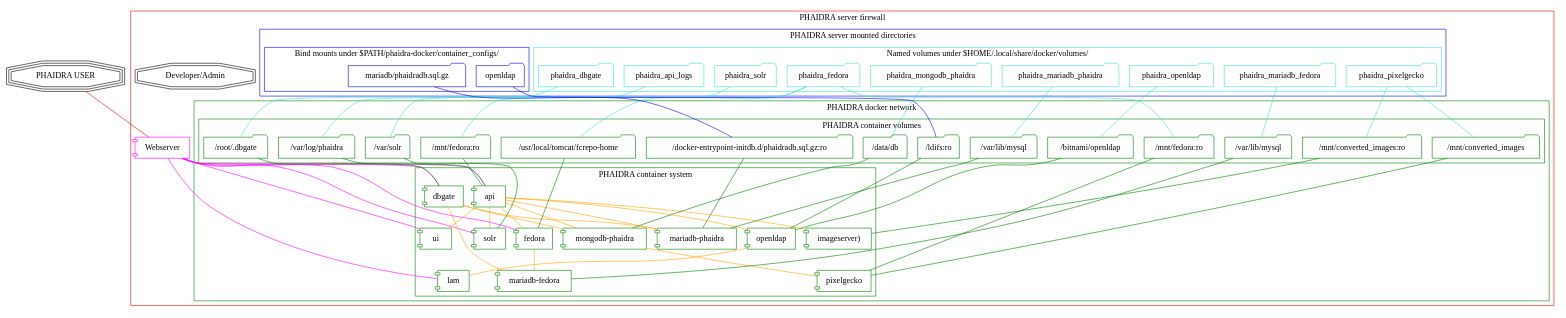
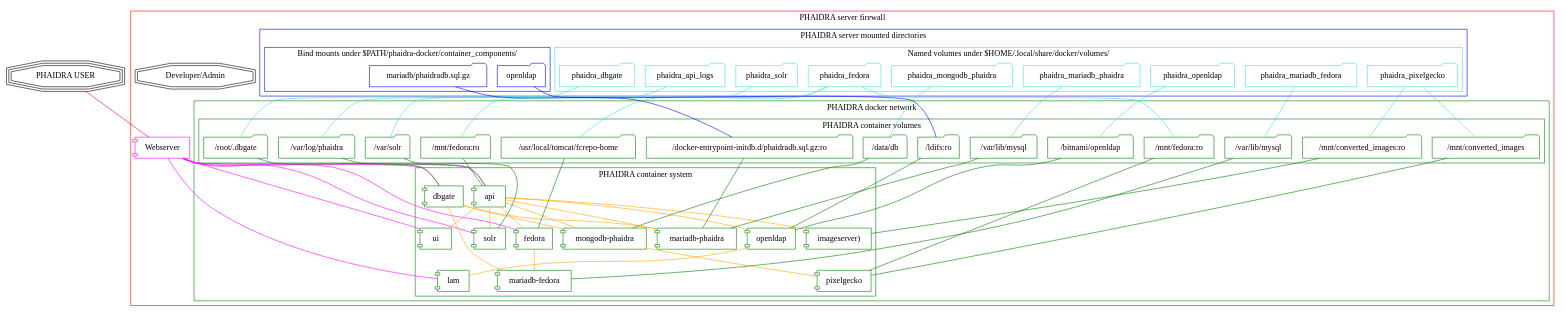
One commit to phaidra/phaidra changed the diagram in README.org. Above: the diagram before and after it, drawn with Graphviz. The commit also changed 1 other file, not shown here.

Commit message:
update paths in technical sketch.

```diff
--- a/README.org
+++ b/README.org
@@ -43,7 +43,7 @@
                                     HS15 [label="phaidra_mariadb_fedora"];
                             }
                             subgraph cluster_bind_mounts {
-                                    label = "Bind mounts under $PATH/phaidra-docker/container_configs/";
+                                    label = "Bind mounts under $PATH/phaidra-docker/container_components/";
                                     node [shape = folder, style = solid, color = blue]           
                                     HS4 [label="mariadb/phaidradb.sql.gz"];
                                     HS8 [label="openldap"];
```
